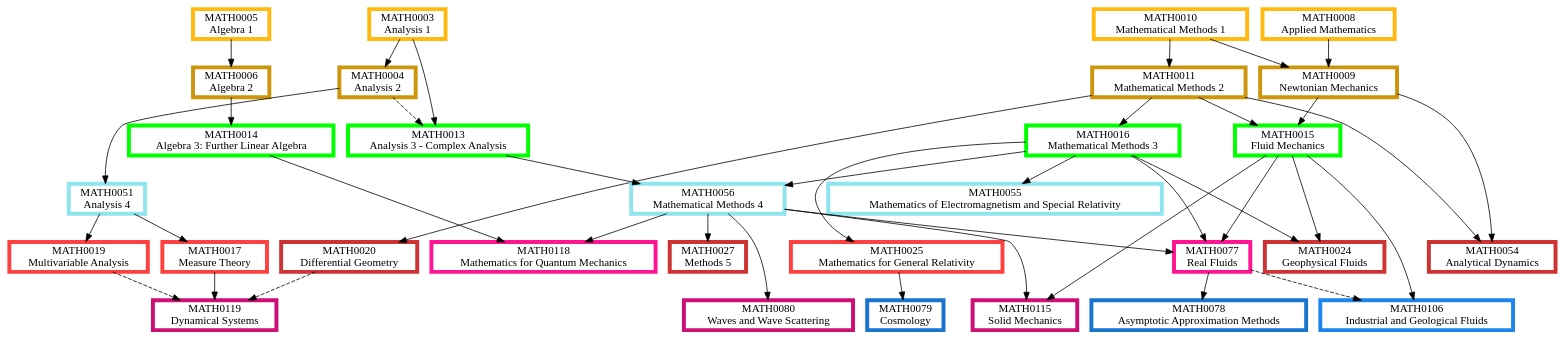
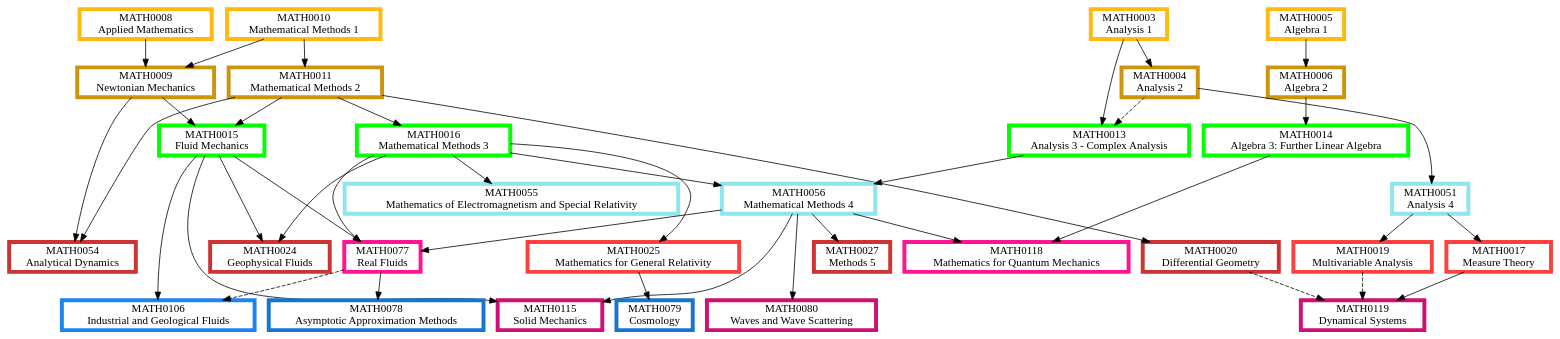
The diagram in Applied Mathematics.dot (matthew-towers/pathways), drawn with Graphviz before and after one commit. The commit also changed 12 other files, not shown here.

```diff
--- a/Applied Mathematics.dot
+++ b/Applied Mathematics.dot
@@ -1,132 +1,132 @@
 digraph {
 	node [fillcolor=white penwidth=5 shape=box style="filled,bold"]
 	subgraph "1.0 1" {
 		rank=same
-		MATH0003 [label="MATH0003
-Analysis 1" color=darkgoldenrod1 href="https://www.ucl.ac.uk/maths/sites/maths/files/math0003.pdf" tooltip="Year 1, term 1"]
+		MATH0008 [label="MATH0008
+Applied Mathematics" color=darkgoldenrod1 href="https://www.ucl.ac.uk/maths/sites/maths/files/math0008.pdf" tooltip="Year 1, term 1"]
 		MATH0010 [label="MATH0010
 Mathematical Methods 1" color=darkgoldenrod1 href="https://www.ucl.ac.uk/maths/sites/maths/files/math0010.pdf" tooltip="Year 1, term 1"]
 		MATH0005 [label="MATH0005
 Algebra 1" color=darkgoldenrod1 href="https://www.ucl.ac.uk/maths/sites/maths/files/math0005.pdf" tooltip="Year 1, term 1"]
-		MATH0008 [label="MATH0008
-Applied Mathematics" color=darkgoldenrod1 href="https://www.ucl.ac.uk/maths/sites/maths/files/math0008.pdf" tooltip="Year 1, term 1"]
+		MATH0003 [label="MATH0003
+Analysis 1" color=darkgoldenrod1 href="https://www.ucl.ac.uk/maths/sites/maths/files/math0003.pdf" tooltip="Year 1, term 1"]
 	}
+	MATH0005 -> MATH0006
 	MATH0010 -> MATH0011
-	MATH0003 -> MATH0004
 	MATH0008 -> MATH0009
 	MATH0010 -> MATH0009
-	MATH0005 -> MATH0006
+	MATH0003 -> MATH0004
 	subgraph "1.0 2" {
 		rank=same
+		MATH0006 [label="MATH0006
+Algebra 2" color=darkgoldenrod3 href="https://www.ucl.ac.uk/maths/sites/maths/files/math0006.pdf" tooltip="Year 1, term 2"]
 		MATH0011 [label="MATH0011
 Mathematical Methods 2" color=darkgoldenrod3 href="https://www.ucl.ac.uk/maths/sites/maths/files/math0011_2.pdf" tooltip="Year 1, term 2"]
+		MATH0009 [label="MATH0009
+Newtonian Mechanics" color=darkgoldenrod3 href="https://www.ucl.ac.uk/maths/sites/maths/files/math0009.pdf" tooltip="Year 1, term 2"]
 		MATH0004 [label="MATH0004
 Analysis 2" color=darkgoldenrod3 href="https://www.ucl.ac.uk/maths/sites/maths/files/math0004.pdf" tooltip="Year 1, term 2"]
-		MATH0009 [label="MATH0009
-Newtonian Mechanics" color=darkgoldenrod3 href="https://www.ucl.ac.uk/maths/sites/maths/files/math0009.pdf" tooltip="Year 1, term 2"]
-		MATH0006 [label="MATH0006
-Algebra 2" color=darkgoldenrod3 href="https://www.ucl.ac.uk/maths/sites/maths/files/math0006.pdf" tooltip="Year 1, term 2"]
 	}
+	MATH0006 -> MATH0014
 	MATH0011 -> MATH0016
-	MATH0006 -> MATH0014
+	MATH0003 -> MATH0013
+	MATH0004 -> MATH0013 [style=dashed]
 	MATH0011 -> MATH0015
 	MATH0009 -> MATH0015
-	MATH0003 -> MATH0013
-	MATH0004 -> MATH0013 [style=dashed]
-	subgraph "2 1" {
+	subgraph "2.0 1" {
 		rank=same
+		MATH0014 [label="MATH0014
+Algebra 3: Further Linear Algebra" color=green1 href="https://www.ucl.ac.uk/maths/sites/maths/files/math0014.pdf" tooltip="Year 2, term 1"]
 		MATH0016 [label="MATH0016
 Mathematical Methods 3" color=green1 href="https://www.ucl.ac.uk/maths/sites/maths/files/math0016.pdf" tooltip="Year 2, term 1"]
-		MATH0014 [label="MATH0014
-Algebra 3: Further Linear Algebra" color=green1 href="https://www.ucl.ac.uk/maths/sites/maths/files/math0014.pdf" tooltip="Year 2, term 1"]
+		MATH0013 [label="MATH0013
+Analysis 3 - Complex Analysis" color=green1 href="https://www.ucl.ac.uk/maths/sites/maths/files/math0013.pdf" tooltip="Year 2, term 1"]
 		MATH0015 [label="MATH0015
 Fluid Mechanics" color=green1 href="https://www.ucl.ac.uk/maths/sites/maths/files/math0015.pdf" tooltip="Year 2, term 1"]
-		MATH0013 [label="MATH0013
-Analysis 3 - Complex Analysis" color=green1 href="https://www.ucl.ac.uk/maths/sites/maths/files/math0013.pdf" tooltip="Year 2, term 1"]
 	}
+	MATH0016 -> MATH0055
 	MATH0004 -> MATH0051
 	MATH0013 -> MATH0056
 	MATH0016 -> MATH0056
-	MATH0016 -> MATH0055
 	subgraph "2.5 2" {
 		rank=same
+		MATH0055 [label="MATH0055
+Mathematics of Electromagnetism and Special Relativity" color=cadetblue2 href="https://www.ucl.ac.uk/maths/sites/maths/files/math0055_3.pdf" tooltip="Year 2 or 3, term 2"]
 		MATH0051 [label="MATH0051
 Analysis 4" color=cadetblue2 href="https://www.ucl.ac.uk/maths/sites/maths/files/math0051.pdf" tooltip="Year 2 or 3, term 2"]
 		MATH0056 [label="MATH0056
 Mathematical Methods 4" color=cadetblue2 href="https://www.ucl.ac.uk/maths/sites/maths/files/math0056.pdf" tooltip="Year 2 or 3, term 2"]
-		MATH0055 [label="MATH0055
-Mathematics of Electromagnetism and Special Relativity" color=cadetblue2 href="https://www.ucl.ac.uk/maths/sites/maths/files/math0055_3.pdf" tooltip="Year 2 or 3, term 2"]
 	}
+	MATH0016 -> MATH0025
 	MATH0051 -> MATH0019
-	MATH0016 -> MATH0025
 	MATH0051 -> MATH0017
 	subgraph "3.0 1" {
 		rank=same
+		MATH0025 [label="MATH0025
+Mathematics for General Relativity" color=brown1 href="https://www.ucl.ac.uk/maths/sites/maths/files/math0025.pdf" tooltip="Year 3, term 1"]
 		MATH0019 [label="MATH0019
 Multivariable Analysis" color=brown1 href="https://www.ucl.ac.uk/maths/sites/maths/files/math0019.pdf" tooltip="Year 3, term 1"]
-		MATH0025 [label="MATH0025
-Mathematics for General Relativity" color=brown1 href="https://www.ucl.ac.uk/maths/sites/maths/files/math0025.pdf" tooltip="Year 3, term 1"]
 		MATH0017 [label="MATH0017
 Measure Theory" color=brown1 href="https://www.ucl.ac.uk/maths/sites/maths/files/math0017.pdf" tooltip="Year 3, term 1"]
 	}
-	MATH0015 -> MATH0024
-	MATH0016 -> MATH0024
-	MATH0011 -> MATH0020
 	MATH0056 -> MATH0027
 	MATH0011 -> MATH0054
 	MATH0009 -> MATH0054
+	MATH0011 -> MATH0020
+	MATH0015 -> MATH0024
+	MATH0016 -> MATH0024
 	subgraph "3.0 2" {
 		rank=same
-		MATH0024 [label="MATH0024
-Geophysical Fluids" color=brown3 href="https://www.ucl.ac.uk/maths/sites/maths/files/math0024.pdf" tooltip="Year 3, term 2"]
-		MATH0020 [label="MATH0020
-Differential Geometry" color=brown3 href="https://www.ucl.ac.uk/maths/sites/maths/files/math0020.pdf" tooltip="Year 3, term 2"]
 		MATH0027 [label="MATH0027
 Methods 5" color=brown3 href="https://www.ucl.ac.uk/maths/sites/maths/files/math0027.pdf" tooltip="Year 3, term 2"]
 		MATH0054 [label="MATH0054
 Analytical Dynamics" color=brown3 href="https://www.ucl.ac.uk/maths/sites/maths/files/math0054.pdf" tooltip="Year 3, term 2"]
+		MATH0020 [label="MATH0020
+Differential Geometry" color=brown3 href="https://www.ucl.ac.uk/maths/sites/maths/files/math0020.pdf" tooltip="Year 3, term 2"]
+		MATH0024 [label="MATH0024
+Geophysical Fluids" color=brown3 href="https://www.ucl.ac.uk/maths/sites/maths/files/math0024.pdf" tooltip="Year 3, term 2"]
 	}
-	MATH0056 -> MATH0118
-	MATH0014 -> MATH0118
 	MATH0015 -> MATH0077
 	MATH0016 -> MATH0077
 	MATH0056 -> MATH0077
+	MATH0056 -> MATH0118
+	MATH0014 -> MATH0118
 	subgraph "3.5 1" {
 		rank=same
+		MATH0077 [label="MATH0077
+Real Fluids" color=deeppink1 href="https://www.ucl.ac.uk/maths/sites/maths/files/math0077.pdf" tooltip="Year 3 or 4, term 1"]
 		MATH0118 [label="MATH0118
 Mathematics for Quantum Mechanics" color=deeppink1 href="https://www.ucl.ac.uk/maths/sites/maths/files/math0118.pdf" tooltip="Year 3 or 4, term 1"]
-		MATH0077 [label="MATH0077
-Real Fluids" color=deeppink1 href="https://www.ucl.ac.uk/maths/sites/maths/files/math0077.pdf" tooltip="Year 3 or 4, term 1"]
 	}
-	MATH0056 -> MATH0080
-	MATH0015 -> MATH0115
-	MATH0056 -> MATH0115
 	MATH0017 -> MATH0119
 	MATH0019 -> MATH0119 [style=dashed]
 	MATH0020 -> MATH0119 [style=dashed]
+	MATH0015 -> MATH0115
+	MATH0056 -> MATH0115
+	MATH0056 -> MATH0080
 	subgraph "3.5 2" {
 		rank=same
+		MATH0119 [label="MATH0119
+Dynamical Systems" color=deeppink3 href="https://www.ucl.ac.uk/maths/sites/maths/files/math0119.pdf" tooltip="Year 3 or 4, term 2"]
+		MATH0115 [label="MATH0115
+Solid Mechanics" color=deeppink3 href="https://www.ucl.ac.uk/maths/sites/maths/files/math0115_syllabus.pdf" tooltip="Year 3 or 4, term 2"]
 		MATH0080 [label="MATH0080
 Waves and Wave Scattering" color=deeppink3 href="https://www.ucl.ac.uk/maths/sites/maths/files/math0080.pdf" tooltip="Year 3 or 4, term 2"]
-		MATH0115 [label="MATH0115
-Solid Mechanics" color=deeppink3 href="https://www.ucl.ac.uk/maths/sites/maths/files/math0115_syllabus.pdf" tooltip="Year 3 or 4, term 2"]
-		MATH0119 [label="MATH0119
-Dynamical Systems" color=deeppink3 href="https://www.ucl.ac.uk/maths/sites/maths/files/math0119.pdf" tooltip="Year 3 or 4, term 2"]
 	}
 	MATH0015 -> MATH0106
 	MATH0077 -> MATH0106 [style=dashed]
 	subgraph "4.0 1" {
 		rank=same
 		MATH0106 [label="MATH0106
 Industrial and Geological Fluids" color=dodgerblue2 href="https://www.ucl.ac.uk/maths/sites/maths/files/math0106.pdf" tooltip="Year 4, term 1"]
 	}
 	MATH0077 -> MATH0078
 	MATH0025 -> MATH0079
 	subgraph "4.0 2" {
 		rank=same
 		MATH0078 [label="MATH0078
 Asymptotic Approximation Methods" color=dodgerblue3 href="https://www.ucl.ac.uk/maths/sites/maths/files/math0078.pdf" tooltip="Year 4, term 2"]
 		MATH0079 [label="MATH0079
 Cosmology" color=dodgerblue3 href="https://www.ucl.ac.uk/maths/sites/maths/files/math0079.pdf" tooltip="Year 4, term 2"]
 	}
 }
```
